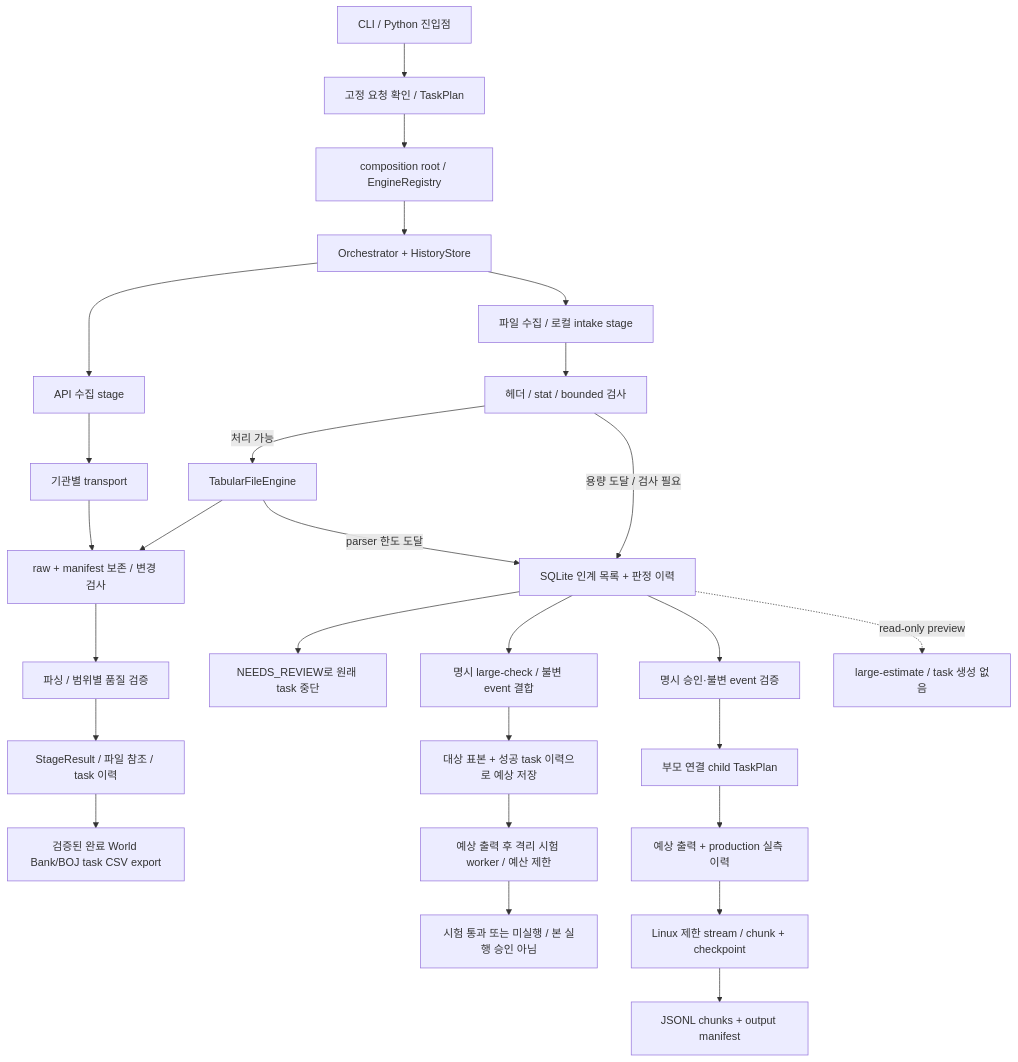
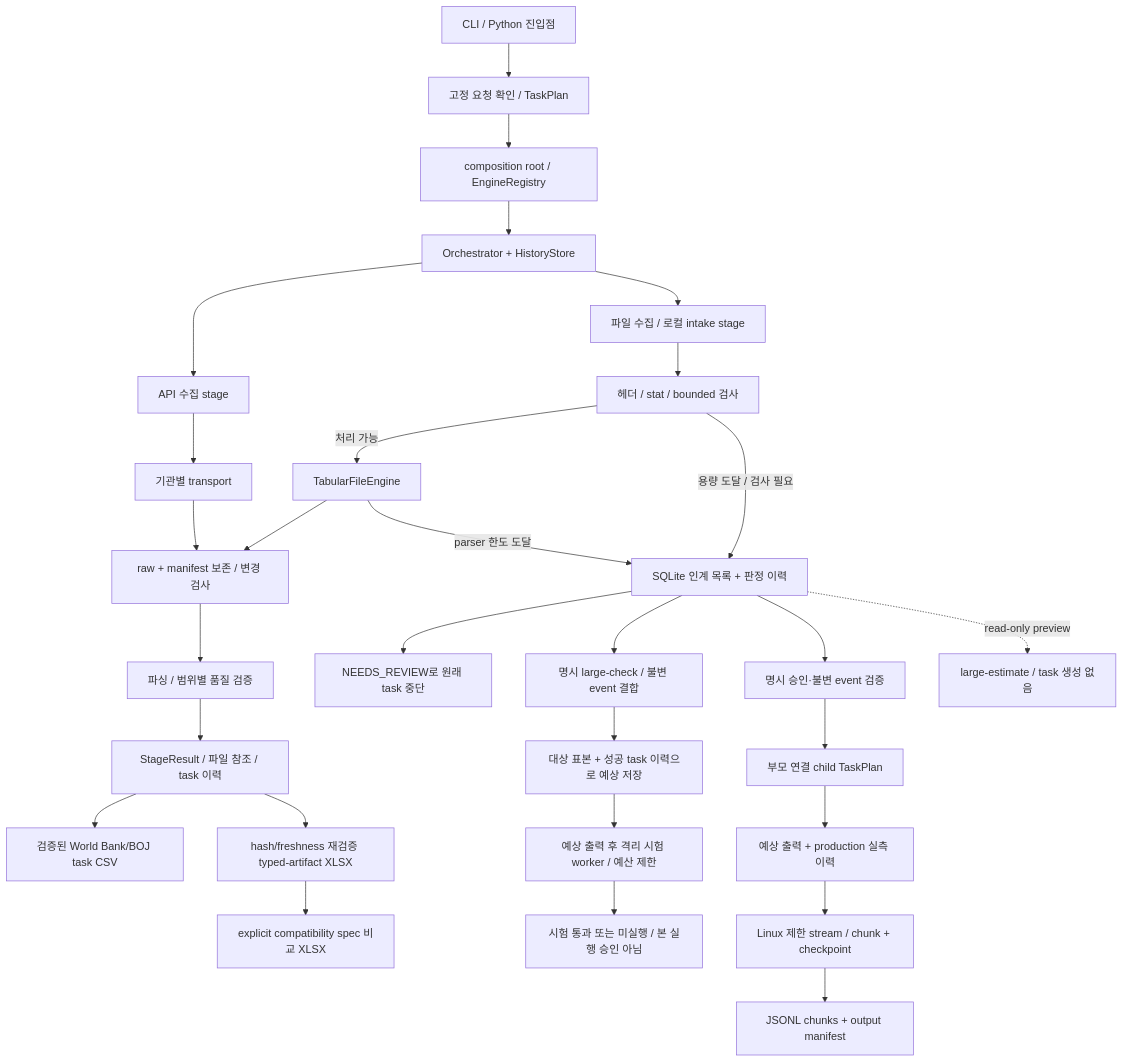
Before and after one commit to jaeu983-lang/MacroAtlas: the diagram in docs/ENGINE_CONNECTIONS.md, drawn with Mermaid. The commit also changed other lines of this file and 11 other files, not shown here.

Commit message:
Add freshness-checked typed-series XLSX exports

````diff
--- a/docs/ENGINE_CONNECTIONS.md
+++ b/docs/ENGINE_CONNECTIONS.md
@@ -14,29 +14,31 @@
 ```mermaid
 flowchart TD
     CLI[CLI / Python 진입점] --> PLAN[고정 요청 확인 / TaskPlan]
     PLAN --> ROOT[composition root / EngineRegistry]
     ROOT --> RUN[Orchestrator + HistoryStore]
     RUN --> API[API 수집 stage]
     RUN --> FILE[파일 수집 / 로컬 intake stage]
     API --> HTTP[기관별 transport]
     HTTP --> RAW[raw + manifest 보존 / 변경 검사]
     RAW --> VALID[파싱 / 범위별 품질 검증]
     FILE --> SIZE[헤더 / stat / bounded 검사]
     SIZE -->|처리 가능| SMALL[TabularFileEngine]
     SMALL --> RAW
     SIZE -->|용량 도달 / 검사 필요| DEFER[SQLite 인계 목록 + 판정 이력]
     SMALL -->|parser 한도 도달| DEFER
     VALID --> RESULT[StageResult / 파일 참조 / task 이력]
     DEFER --> STOP[NEEDS_REVIEW로 원래 task 중단]
     DEFER --> TRIAL[명시 large-check / 불변 event 결합]
     TRIAL --> PROFILE[대상 표본 + 성공 task 이력으로 예상 저장]
     PROFILE --> QUAL[예상 출력 후 격리 시험 worker / 예산 제한]
     QUAL --> PROOF[시험 통과 또는 미실행 / 본 실행 승인 아님]
     DEFER --> HANDOFF[명시 승인·불변 event 검증]
     HANDOFF --> CHILD[부모 연결 child TaskPlan]
     CHILD --> LARGEPROFILE[예상 출력 + production 실측 이력]
     LARGEPROFILE --> LARGE[Linux 제한 stream / chunk + checkpoint]
     DEFER -. read-only preview .-> PREVIEW[large-estimate / task 생성 없음]
     LARGE --> ARTIFACT[JSONL chunks + output manifest]
-    RESULT --> EXPORT[검증된 완료 World Bank/BOJ task CSV export]
+    RESULT --> EXPORTCSV[검증된 World Bank/BOJ task CSV]
+    RESULT --> EXPORTXLSX[hash/freshness 재검증 typed-artifact XLSX]
+    EXPORTXLSX --> COMPAREXLSX[explicit compatibility spec 비교 XLSX]
 ```
````
